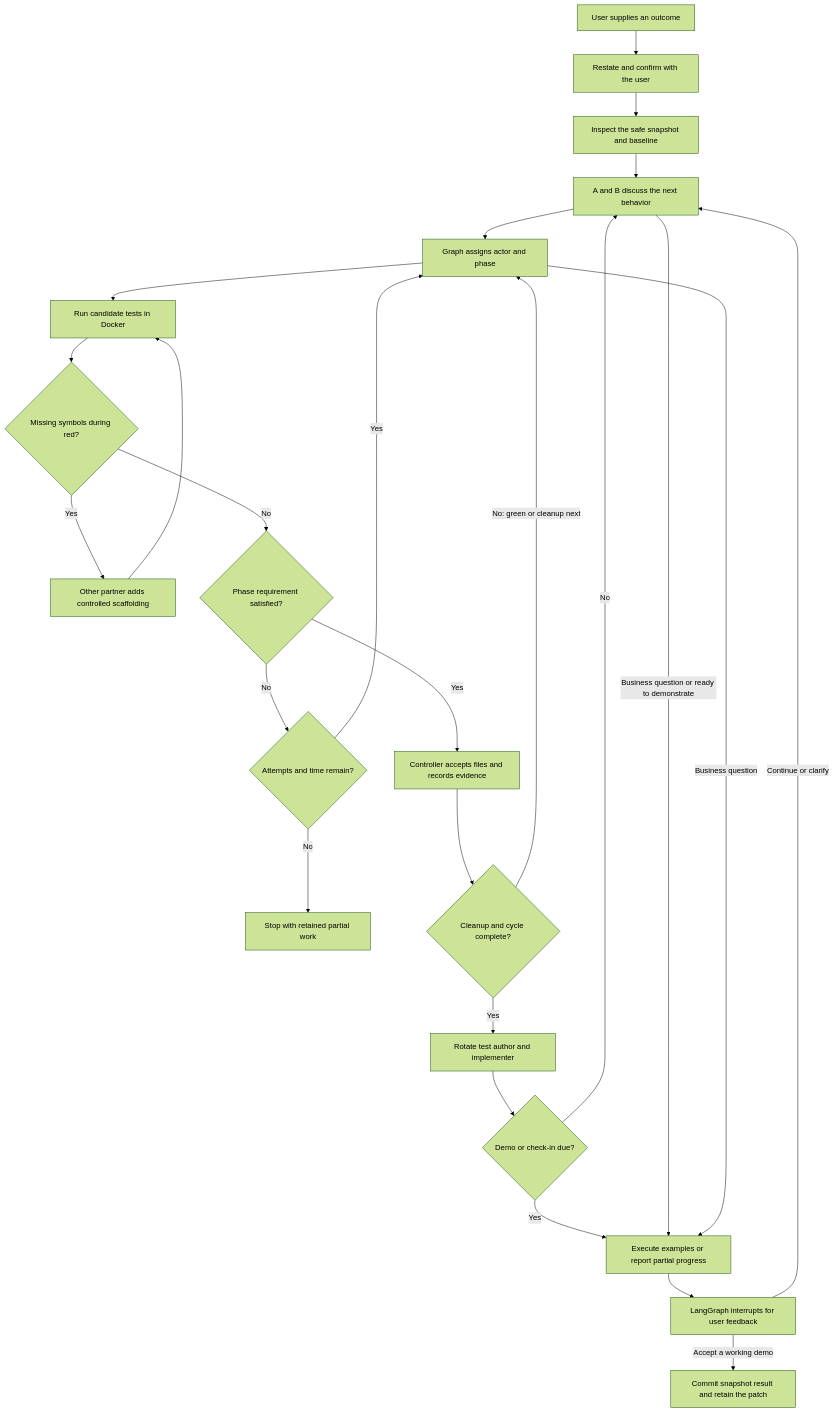
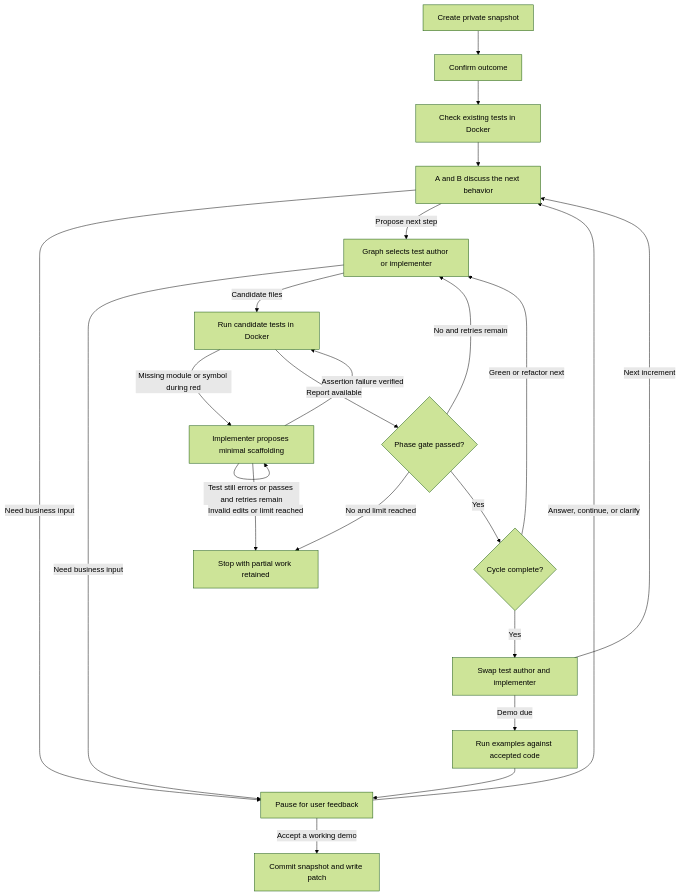
One commit to sskelkar/xp-coding-agent changed the diagram in docs/pair-runtime.md. Above: the diagram before and after it, drawn with Mermaid (forest theme). The commit also changed other lines of this file and 99 other files, not shown here.

````diff
--- a/docs/pair-runtime.md
+++ b/docs/pair-runtime.md
@@ -9,27 +17,25 @@
 ```mermaid
 flowchart TD
-    Goal["User supplies an outcome"] --> Confirm["Restate and confirm with the user"]
-    Confirm --> Baseline["Inspect the safe snapshot and baseline"]
+    Snapshot["Create private snapshot"] --> Confirm["Confirm outcome"]
+    Confirm --> Baseline["Check existing tests in Docker"]
     Baseline --> Discuss["A and B discuss the next behavior"]
-    Discuss --> Propose["Graph assigns actor and phase"]
-    Propose --> Tests["Run candidate tests in Docker"]
-    Tests --> Missing{"Missing symbols during red?"}
-    Missing -->|"Yes"| Scaffold["Other partner adds controlled scaffolding"]
-    Scaffold --> Tests
-    Missing -->|"No"| Gate{"Phase requirement satisfied?"}
-    Gate -->|"No"| Retry{"Attempts and time remain?"}
-    Retry -->|"Yes"| Propose
-    Retry -->|"No"| Stop["Stop with retained partial work"]
-    Gate -->|"Yes"| Accept["Controller accepts files and records evidence"]
-    Accept --> Cycle{"Cleanup and cycle complete?"}
-    Cycle -->|"No: green or cleanup next"| Propose
-    Cycle -->|"Yes"| Rotate["Rotate test author and implementer"]
-    Rotate --> Due{"Demo or check-in due?"}
-    Due -->|"No"| Discuss
-    Due -->|"Yes"| Demo["Execute examples or report partial progress"]
-    Discuss -->|"Business question or ready to demonstrate"| Demo
-    Propose -->|"Business question"| Demo
-    Demo --> User["LangGraph interrupts for user feedback"]
-    User -->|"Continue or clarify"| Discuss
-    User -->|"Accept a working demo"| Deliver["Commit snapshot result and retain the patch"]
+    Discuss -->|"Need business input"| Feedback["Pause for user feedback"]
+    Discuss -->|"Propose next step"| Propose["Graph selects test author or implementer"]
+    Propose -->|"Need business input"| Feedback
+    Propose -->|"Candidate files"| Test["Run candidate tests in Docker"]
+    Test -->|"Missing module or symbol during red"| Scaffold["Implementer proposes minimal scaffolding"]
+    Scaffold -->|"Assertion failure verified"| Test
+    Scaffold -->|"Test still errors or passes and retries remain"| Scaffold
+    Test -->|"Report available"| Gate{"Phase gate passed?"}
+    Gate -->|"No and retries remain"| Propose
+    Gate -->|"No and limit reached"| Stop["Stop with partial work retained"]
+    Scaffold -->|"Invalid edits or limit reached"| Stop
+    Gate -->|"Yes"| Advance{"Cycle complete?"}
+    Advance -->|"Green or refactor next"| Propose
+    Advance -->|"Yes"| Rotate["Swap test author and implementer"]
+    Rotate -->|"Next increment"| Discuss
+    Rotate -->|"Demo due"| Demo["Run examples against accepted code"]
+    Demo --> Feedback
+    Feedback -->|"Answer, continue, or clarify"| Discuss
+    Feedback -->|"Accept a working demo"| Deliver["Commit snapshot and write patch"]
 ```
````
